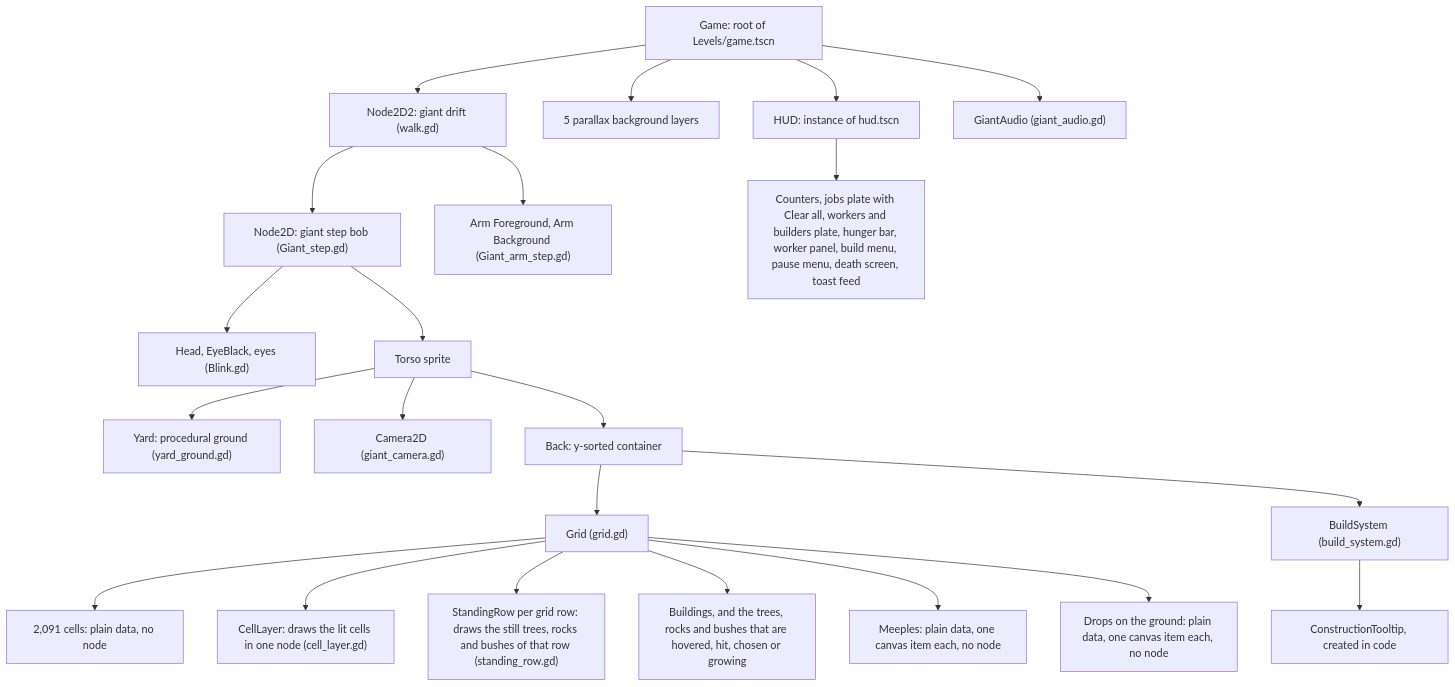
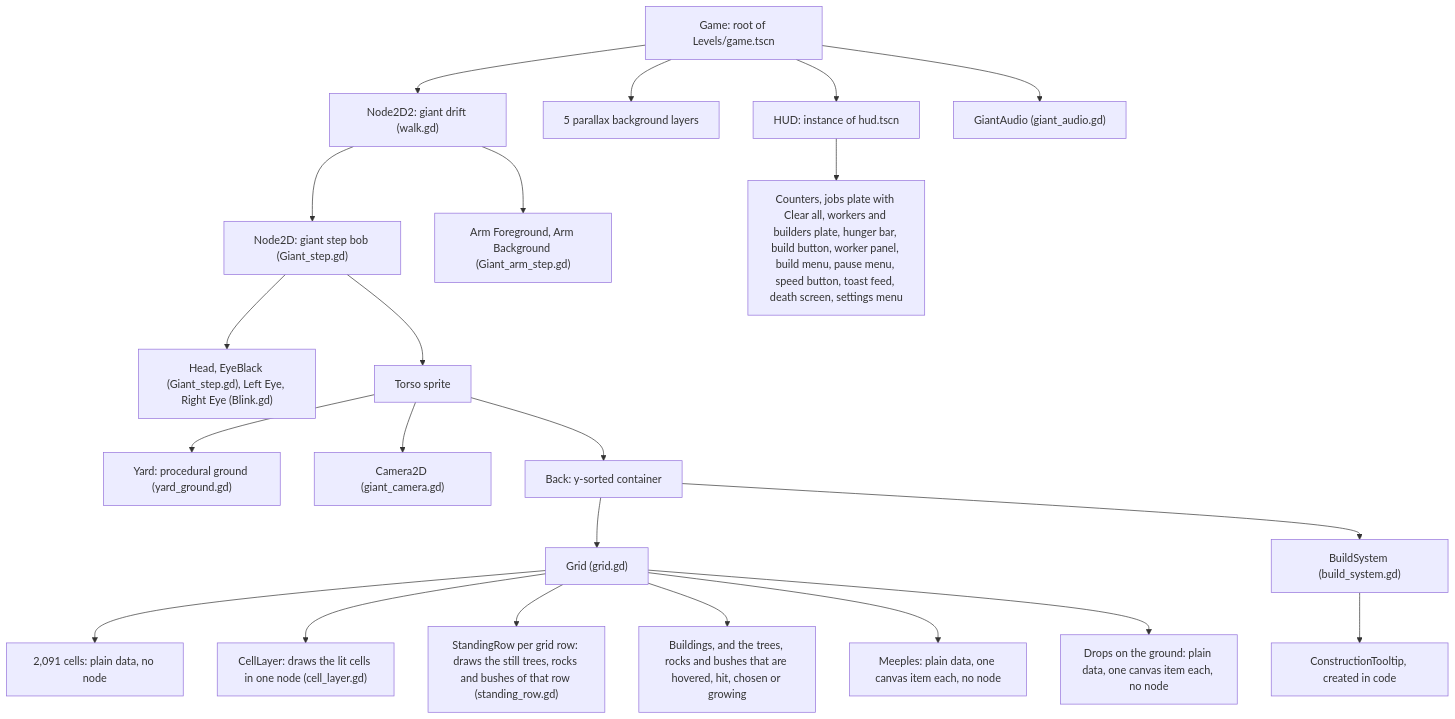
One commit to Liam-M-Mays/game-jam-2026 changed the third of 11 diagrams in docs/architecture.md. Above: the diagram before and after it, drawn with Mermaid. The commit also changed other lines of this file and 11 other files, not shown here.

````diff
--- a/docs/architecture.md
+++ b/docs/architecture.md
@@ -137,47 +137,47 @@
 ```mermaid
 flowchart TD
     game["Game: root of Levels/game.tscn"]
     walk["Node2D2: giant drift (walk.gd)"]
     step["Node2D: giant step bob (Giant_step.gd)"]
-    head["Head, EyeBlack, eyes (Blink.gd)"]
+    head["Head, EyeBlack (Giant_step.gd), Left Eye, Right Eye (Blink.gd)"]
     arms["Arm Foreground, Arm Background (Giant_arm_step.gd)"]
     torso["Torso sprite"]
     yard["Yard: procedural ground (yard_ground.gd)"]
     camera["Camera2D (giant_camera.gd)"]
     back["Back: y-sorted container"]
     grid["Grid (grid.gd)"]
     cells["2,091 cells: plain data, no node"]
     cellLayer["CellLayer: draws the lit cells in one node (cell_layer.gd)"]
     rows["StandingRow per grid row: draws the still trees, rocks and bushes of that row (standing_row.gd)"]
     objects["Buildings, and the trees, rocks and bushes that are hovered, hit, chosen or growing"]
     meeples["Meeples: plain data, one canvas item each, no node"]
     drops["Drops on the ground: plain data, one canvas item each, no node"]
     buildSystem["BuildSystem (build_system.gd)"]
     tooltip["ConstructionTooltip, created in code"]
     parallax["5 parallax background layers"]
     hud["HUD: instance of hud.tscn"]
-    hudKids["Counters, jobs plate with Clear all, workers and builders plate, hunger bar, worker panel, build menu, pause menu, death screen, toast feed"]
+    hudKids["Counters, jobs plate with Clear all, workers and builders plate, hunger bar, build button, worker panel, build menu, pause menu, speed button, toast feed, death screen, settings menu"]
     giantAudio["GiantAudio (giant_audio.gd)"]
 
     game --> walk
     walk --> step
     walk --> arms
     step --> head
     step --> torso
     torso --> yard
     torso --> camera
     torso --> back
     back --> grid
     back --> buildSystem
     grid --> cells
     grid --> cellLayer
     grid --> rows
     grid --> objects
     grid --> meeples
     grid --> drops
     buildSystem --> tooltip
     game --> parallax
     game --> hud
     hud --> hudKids
     game --> giantAudio
 ```
````
